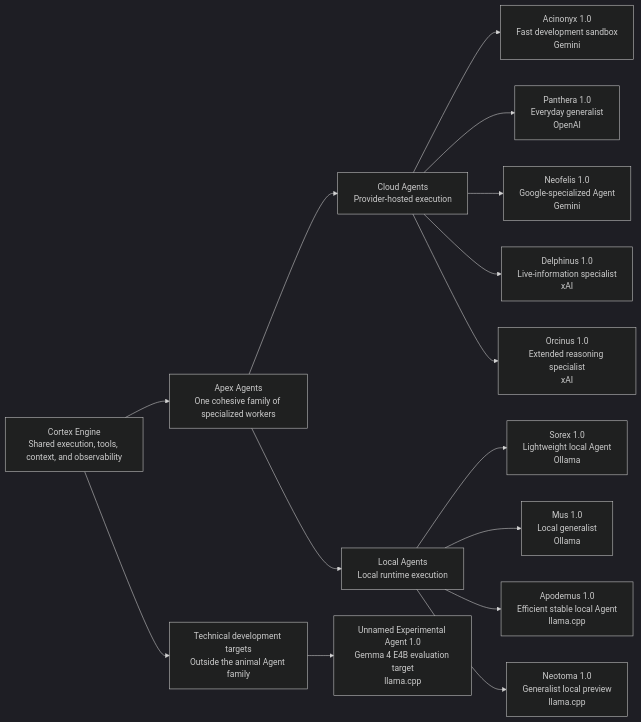
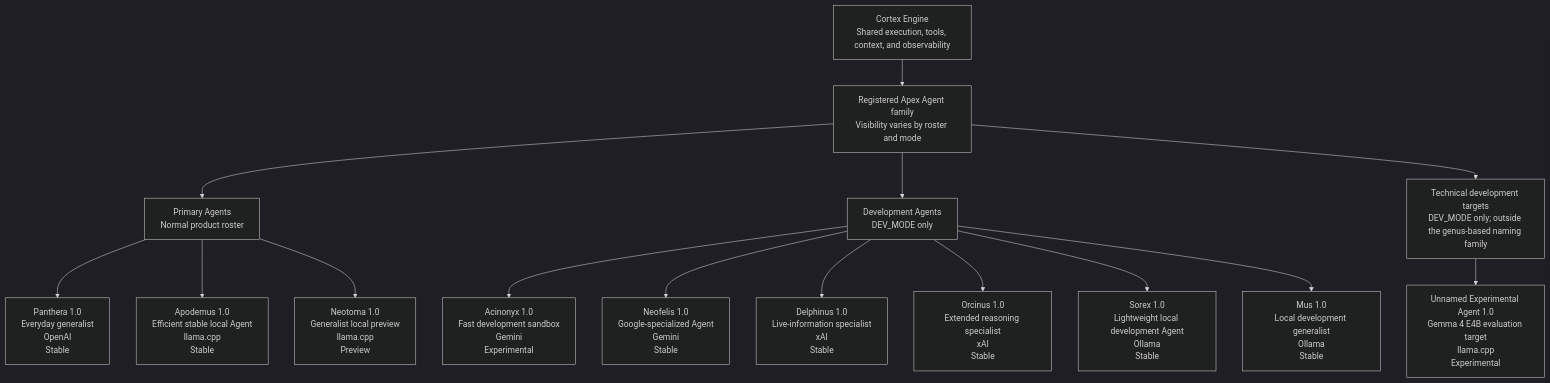
Before and after one commit to edumarcano/APEX: the diagram in docs/identity-and-naming.md, drawn with Mermaid (dark theme). The commit also changed other lines of this file and 2 other files, not shown here.

Commit message:
docs: update architecture and identity documentation for Apex Agents

````diff
--- a/docs/identity-and-naming.md
+++ b/docs/identity-and-naming.md
@@ -134,27 +138,27 @@
 ```mermaid
-flowchart LR
+flowchart TB
     ENGINE["Cortex Engine<br/>Shared execution, tools, context, and observability"]
-    FAMILY["Apex Agents<br/>One cohesive family of specialized workers"]
+    FAMILY["Registered Apex Agent family<br/>Visibility varies by roster and mode"]
 
-    CLOUD["Cloud Agents<br/>Provider-hosted execution"]
-    LOCAL["Local Agents<br/>Local runtime execution"]
+    PRIMARY["Primary Agents<br/>Normal product roster"]
+    DEVELOPMENT["Development Agents<br/>DEV_MODE only"]
+    TARGETS["Technical development targets<br/>DEV_MODE only; outside the genus-based naming family"]
 
     ENGINE --> FAMILY
-    FAMILY --> CLOUD
-    FAMILY --> LOCAL
+    FAMILY --> PRIMARY
+    FAMILY --> DEVELOPMENT
+    FAMILY --> TARGETS
 
-    CLOUD --> ACINONYX["Acinonyx 1.0<br/>Fast development sandbox<br/>Gemini"]
-    CLOUD --> PANTHERA["Panthera 1.0<br/>Everyday generalist<br/>OpenAI"]
-    CLOUD --> NEOFELIS["Neofelis 1.0<br/>Google-specialized Agent<br/>Gemini"]
-    CLOUD --> DELPHINUS["Delphinus 1.0<br/>Live-information specialist<br/>xAI"]
-    CLOUD --> ORCINUS["Orcinus 1.0<br/>Extended reasoning specialist<br/>xAI"]
+    PRIMARY --> PANTHERA["Panthera 1.0<br/>Everyday generalist<br/>OpenAI<br/>Stable"]
+    PRIMARY --> APODEMUS["Apodemus 1.0<br/>Efficient stable local Agent<br/>llama.cpp<br/>Stable"]
+    PRIMARY --> NEOTOMA["Neotoma 1.0<br/>Generalist local preview<br/>llama.cpp<br/>Preview"]
 
-    LOCAL --> SOREX["Sorex 1.0<br/>Lightweight local Agent<br/>Ollama"]
-    LOCAL --> MUS["Mus 1.0<br/>Local generalist<br/>Ollama"]
-    LOCAL --> APODEMUS["Apodemus 1.0<br/>Efficient stable local Agent<br/>llama.cpp"]
-    LOCAL --> NEOTOMA["Neotoma 1.0<br/>Generalist local preview<br/>llama.cpp"]
+    DEVELOPMENT --> ACINONYX["Acinonyx 1.0<br/>Fast development sandbox<br/>Gemini<br/>Experimental"]
+    DEVELOPMENT --> NEOFELIS["Neofelis 1.0<br/>Google-specialized Agent<br/>Gemini<br/>Stable"]
+    DEVELOPMENT --> DELPHINUS["Delphinus 1.0<br/>Live-information specialist<br/>xAI<br/>Stable"]
+    DEVELOPMENT --> ORCINUS["Orcinus 1.0<br/>Extended reasoning specialist<br/>xAI<br/>Stable"]
+    DEVELOPMENT --> SOREX["Sorex 1.0<br/>Lightweight local development Agent<br/>Ollama<br/>Stable"]
+    DEVELOPMENT --> MUS["Mus 1.0<br/>Local development generalist<br/>Ollama<br/>Stable"]
 
-    DEVELOPMENT["Technical development targets<br/>Outside the animal Agent family"]
-    ENGINE --> DEVELOPMENT
-    DEVELOPMENT --> EXPERIMENTAL["Unnamed Experimental Agent 1.0<br/>Gemma 4 E4B evaluation target<br/>llama.cpp"]
+    TARGETS --> EXPERIMENTAL["Unnamed Experimental Agent 1.0<br/>Gemma 4 E4B evaluation target<br/>llama.cpp<br/>Experimental"]
 ```
````
